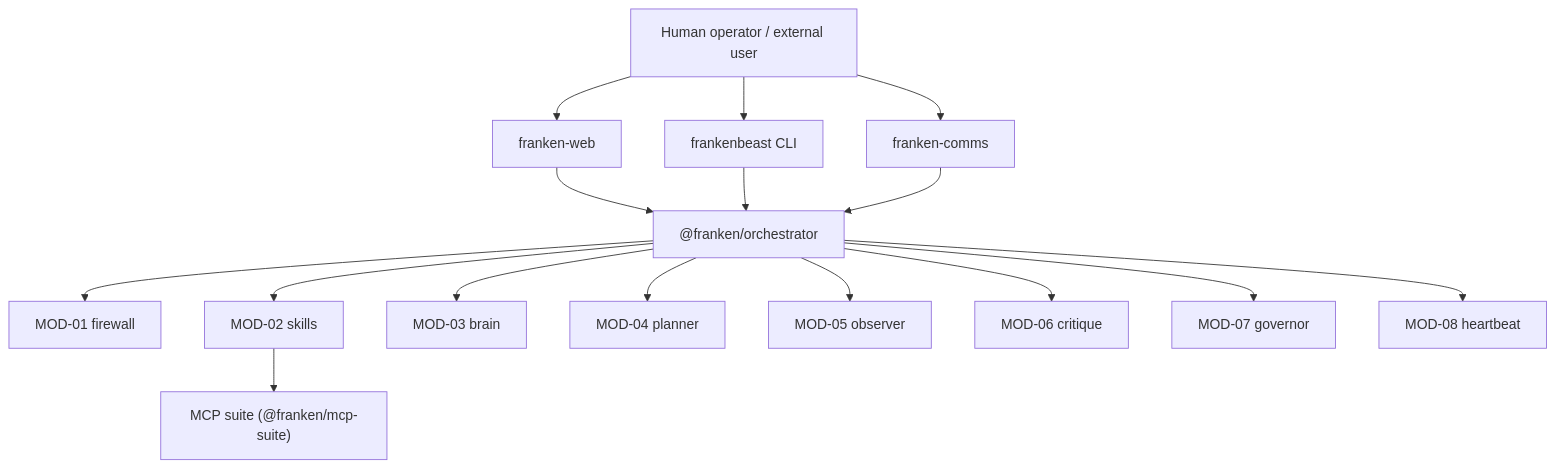
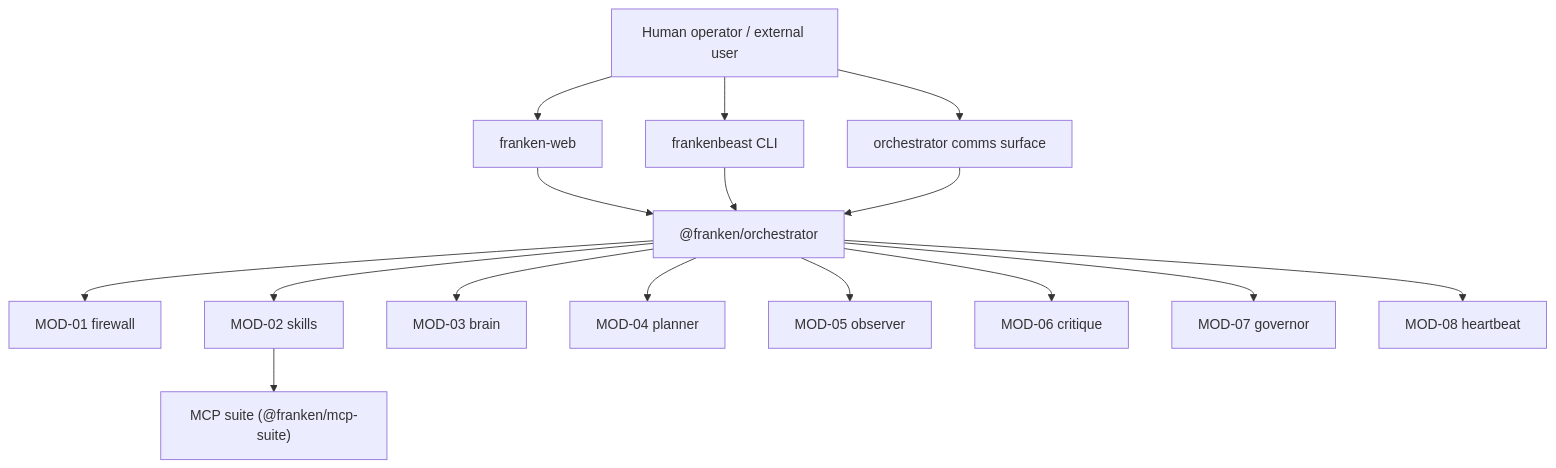
Before and after one commit to djm204/frankenbeast: diagram 12 of 18 in docs/DATA_FLOW.md, drawn with Mermaid. The commit also changed other lines of this file and 8 other files, not shown here.

````diff
--- a/docs/DATA_FLOW.md
+++ b/docs/DATA_FLOW.md
@@ -433,31 +433,31 @@
 ```mermaid
 flowchart TD
     User["Human operator / external user"]
     Dashboard["franken-web"]
     CLI["frankenbeast CLI"]
-    Comms["franken-comms"]
+    Comms["orchestrator comms surface"]
     Orchestrator["@franken/orchestrator"]
     Firewall["MOD-01 firewall"]
     Skills["MOD-02 skills"]
     Brain["MOD-03 brain"]
     Planner["MOD-04 planner"]
     Observer["MOD-05 observer"]
     Critique["MOD-06 critique"]
     Governor["MOD-07 governor"]
     Heartbeat["MOD-08 heartbeat"]
     MCP["MCP suite (@franken/mcp-suite)"]
 
     User --> Dashboard --> Orchestrator
     User --> CLI --> Orchestrator
     User --> Comms --> Orchestrator
 
     Orchestrator --> Firewall
     Orchestrator --> Brain
     Orchestrator --> Planner
     Orchestrator --> Critique
     Orchestrator --> Skills
     Orchestrator --> Governor
     Orchestrator --> Observer
     Orchestrator --> Heartbeat
     Skills --> MCP
 ```
````
